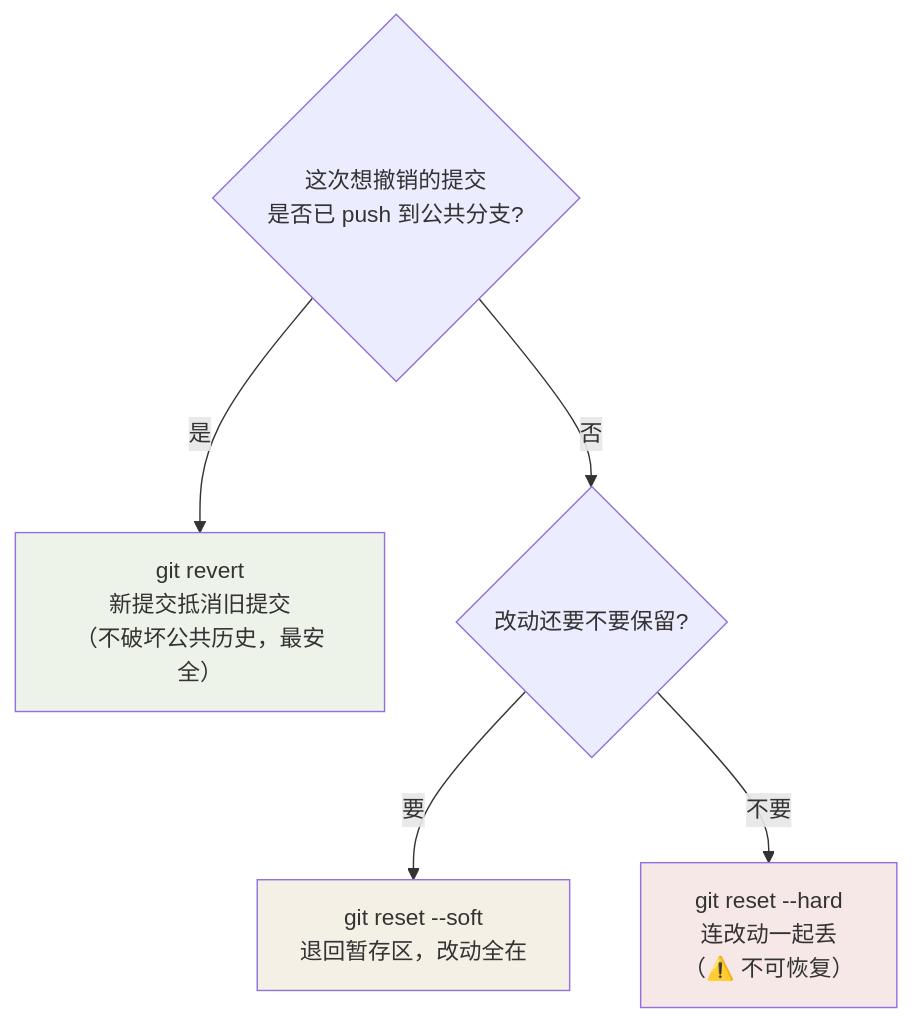
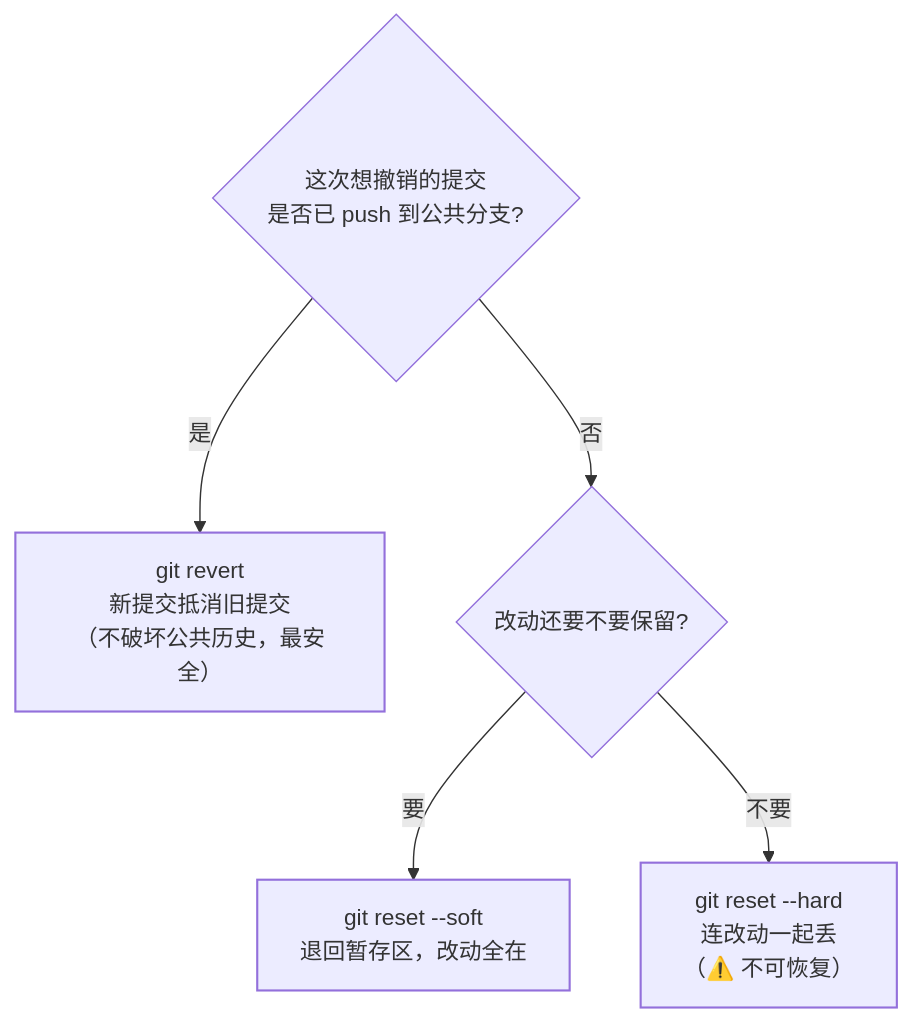
One commit to Loadhao/ascension changed the second of 2 diagrams in src/content/docs/git/basic/foundations/02-daily-commands.md. Above: the diagram before and after it, drawn with Mermaid. The commit also changed other lines of this file and 87 other files, not shown here.

First line of the commit message:
fix: 全站图表配色改由主题接管，修复暗色主题下浅底浅字看不清

````diff
--- a/src/content/docs/git/basic/foundations/02-daily-commands.md
+++ b/src/content/docs/git/basic/foundations/02-daily-commands.md
@@ -104,10 +105,13 @@
 ```mermaid
 flowchart TD
     A{"这次想撤销的提交<br/>是否已 push 到公共分支?"} -->|"是"| R["git revert<br/>新提交抵消旧提交<br/>（不破坏公共历史，最安全）"]
     A -->|"否"| B{"改动还要不要保留?"}
     B -->|"要"| C["git reset --soft<br/>退回暂存区，改动全在"]
     B -->|"不要"| D["git reset --hard<br/>连改动一起丢<br/>（⚠️ 不可恢复）"]
-    style R fill:#eef3ea
-    style C fill:#f5f0e6
-    style D fill:#f7e8e8
+    class R good
+    class C hl
+    class D bad
+    classDef good stroke-width:1.5px
+    classDef hl stroke-width:1.5px
+    classDef bad stroke-width:1.5px
 ```
````
